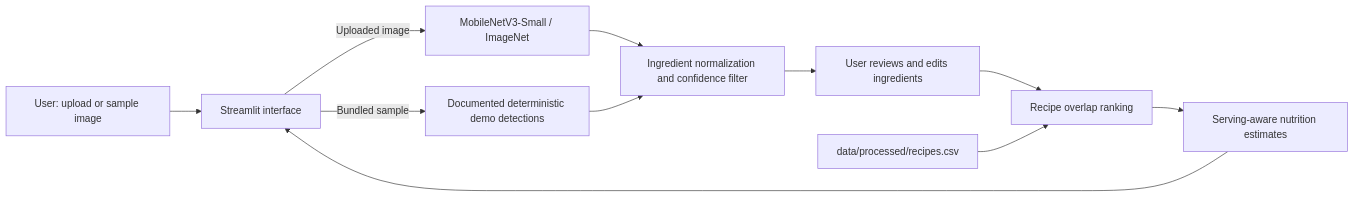
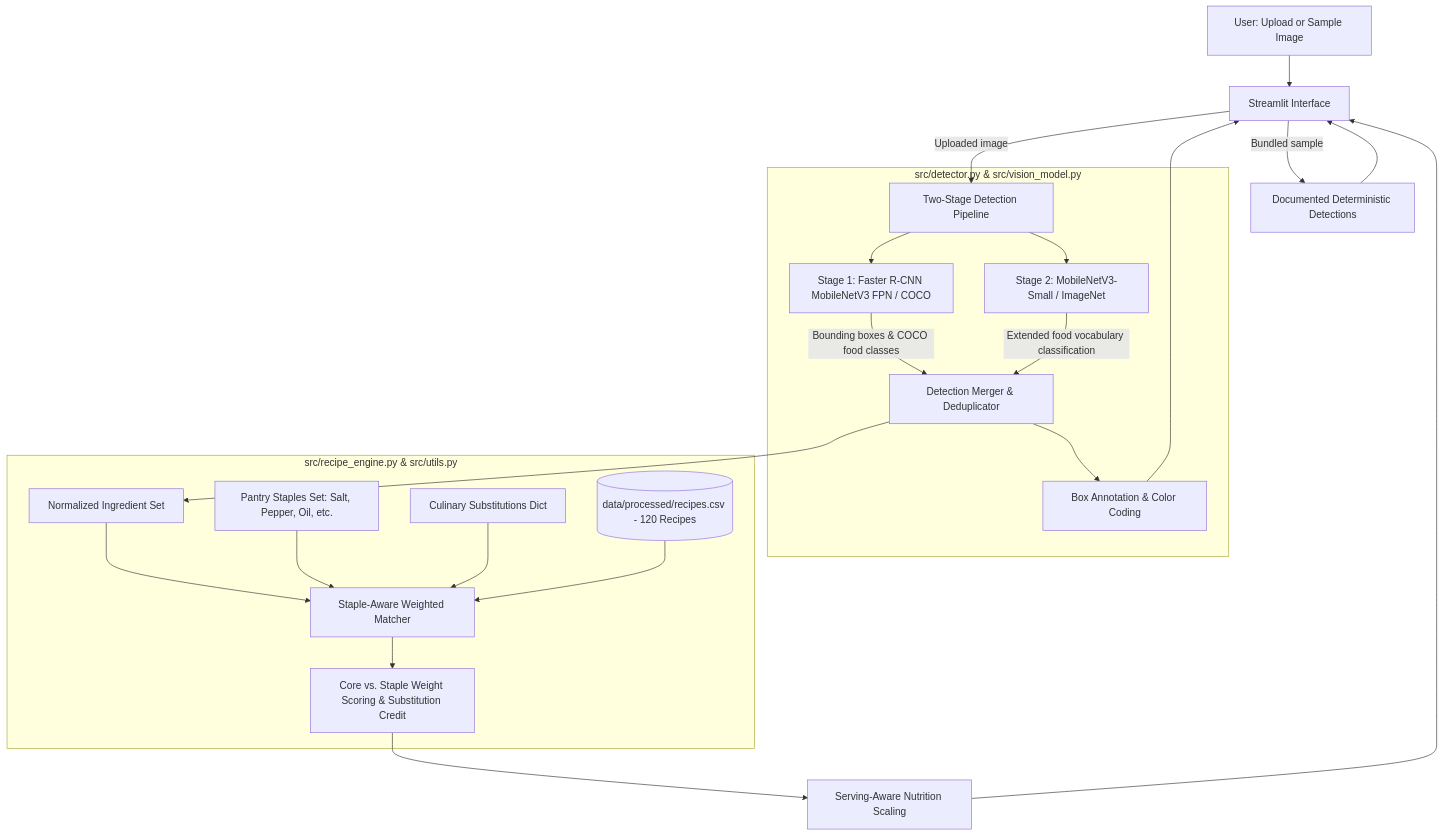
Before and after one commit to moralesjs-hub/FridgeApp: the diagram in docs/project_design_doc.md, drawn with Mermaid. The commit also changed other lines of this file and 9 other files, not shown here.

Commit message:
feat: add two-stage computer vision detector and 120-recipe staple-aware ranking engine

````diff
--- a/docs/project_design_doc.md
+++ b/docs/project_design_doc.md
@@ -5,13 +5,29 @@
 ```mermaid
-flowchart LR
-    U[User: upload or sample image] --> UI[Streamlit interface]
-    UI -->|Uploaded image| V[MobileNetV3-Small / ImageNet]
-    UI -->|Bundled sample| D[Documented deterministic demo detections]
-    V --> M[Ingredient normalization and confidence filter]
-    D --> M
-    M --> E[User reviews and edits ingredients]
-    E --> R[Recipe overlap ranking]
-    C[data/processed/recipes.csv] --> R
-    R --> N[Serving-aware nutrition estimates]
+flowchart TD
+    U[User: Upload or Sample Image] --> UI[Streamlit Interface]
+    UI -->|Uploaded image| P[Two-Stage Detection Pipeline]
+    UI -->|Bundled sample| D[Documented Deterministic Detections]
+    
+    subgraph Vision Pipeline ["src/detector.py & src/vision_model.py"]
+        P --> S1[Stage 1: Faster R-CNN MobileNetV3 FPN / COCO]
+        P --> S2[Stage 2: MobileNetV3-Small / ImageNet]
+        S1 -->|Bounding boxes & COCO food classes| M[Detection Merger & Deduplicator]
+        S2 -->|Extended food vocabulary classification| M
+        M --> AN[Box Annotation & Color Coding]
+    end
+
+    D --> UI
+    AN --> UI
+    M --> IN[Normalized Ingredient Set]
+    
+    subgraph Recipe Engine ["src/recipe_engine.py & src/utils.py"]
+        IN --> RE[Staple-Aware Weighted Matcher]
+        PS[Pantry Staples Set: Salt, Pepper, Oil, etc.] --> RE
+        SUB[Culinary Substitutions Dict] --> RE
+        DB[(data/processed/recipes.csv - 120 Recipes)] --> RE
+        RE --> SC[Core vs. Staple Weight Scoring & Substitution Credit]
+    end
+
+    SC --> N[Serving-Aware Nutrition Scaling]
     N --> UI
 ```
````
